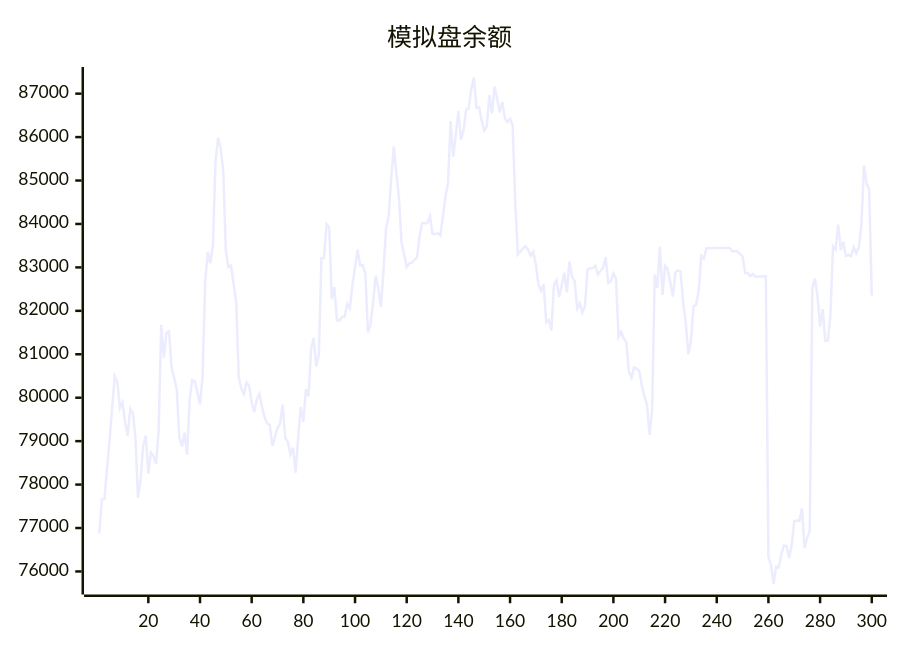
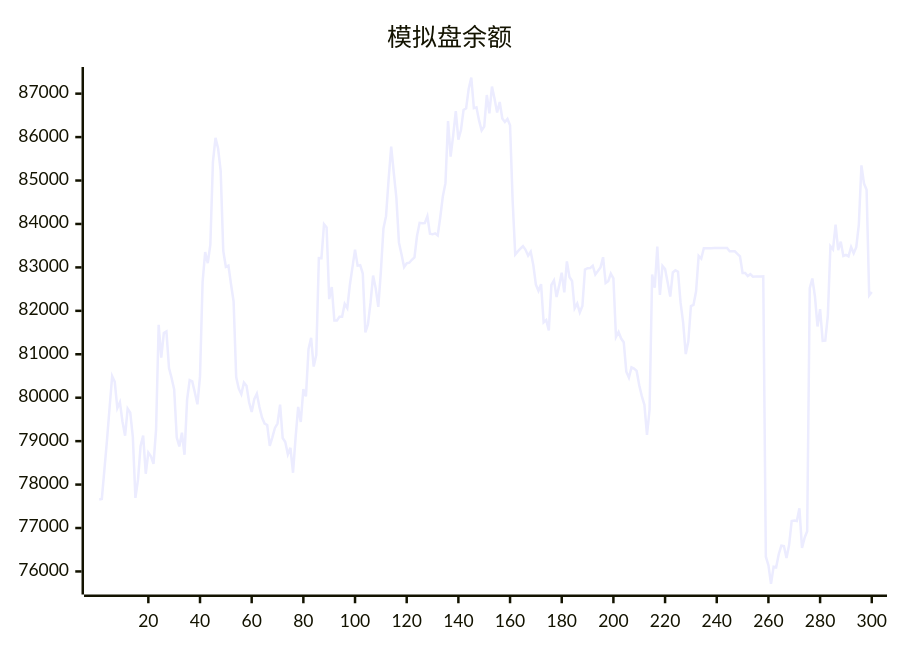
The diagram in README.md (aahl/ai-trading), drawn with Mermaid before and after one commit. The commit also changed other lines of this file and 1 other file, not shown here.

````diff
--- a/README.md
+++ b/README.md
@@ -5,5 +5,5 @@
 ```mermaid
 xychart
     title "模拟盘余额"
-    line [76876,77658,77669,78346,79023,79769,80497,80366,79761,79896,79448,79126,79749,79658,79097,77695,78114,78888,79126,78249,78738,78653,78478,79271,81680,80923,81488,81527,80681,80455,80190,79084,78879,79193,78686,79954,80403,80374,80118,79848,80491,82665,83351,83098,83525,85430,85983,85737,85221,83378,83014,83043,82613,82216,80477,80208,80081,80348,80277,79894,79670,79965,80093,79786,79542,79406,79371,78893,79087,79304,79406,79841,79072,78978,78696,78846,78272,79085,79787,79442,80198,80031,81120,81379,80718,80985,83214,83212,83993,83921,82270,82547,81776,81776,81866,81866,82158,82061,82596,83000,83408,83041,83050,82858,81503,81691,82188,82812,82517,82092,82901,83898,84180,85030,85781,85178,84604,83569,83298,83008,83093,83107,83175,83228,83729,84025,84017,84019,84177,83775,83762,83785,83738,84160,84639,84939,86370,85548,86046,86599,85942,86161,86622,86664,87115,87369,86666,86685,86384,86152,86243,86969,86548,87164,86885,86566,86809,86427,86348,86417,86273,84538,83299,83369,83430,83490,83404,83270,83362,83056,82605,82459,82614,81734,81788,81551,82598,82702,82320,82580,82878,82426,83139,82778,82686,82056,82166,81963,82110,82951,82983,82984,83038,82838,82915,82998,83235,82642,82682,82858,82746,81396,81512,81362,81277,80600,80461,80699,80673,80616,80288,80038,79836,79142,79722,82837,82533,83480,82366,83032,82960,82654,82330,82883,82934,82901,82188,81728,81005,81298,82110,82135,82449,83264,83203,83440,83439,83440,83440,83446,83447,83448,83447,83448,83449,83369,83369,83369,83313,83256,82872,82873,82801,82844,82785,82791,82791,82793,82794,76339,76145,75714,76110,76096,76397,76594,76585,76310,76607,77160,77170,77160,77456,76541,76774,76927,82520,82744,82337,81639,82040,81307,81314,81887,83490,83414,83984,83396,83594,83261,83287,83253,83470,83327,83465,83987,85348,84930,84786,82355]
+    line [77658,77669,78346,79023,79769,80497,80366,79761,79896,79448,79126,79749,79658,79097,77695,78114,78888,79126,78249,78738,78653,78478,79271,81680,80923,81488,81527,80681,80455,80190,79084,78879,79193,78686,79954,80403,80374,80118,79848,80491,82665,83351,83098,83525,85430,85983,85737,85221,83378,83014,83043,82613,82216,80477,80208,80081,80348,80277,79894,79670,79965,80093,79786,79542,79406,79371,78893,79087,79304,79406,79841,79072,78978,78696,78846,78272,79085,79787,79442,80198,80031,81120,81379,80718,80985,83214,83212,83993,83921,82270,82547,81776,81776,81866,81866,82158,82061,82596,83000,83408,83041,83050,82858,81503,81691,82188,82812,82517,82092,82901,83898,84180,85030,85781,85178,84604,83569,83298,83008,83093,83107,83175,83228,83729,84025,84017,84019,84177,83775,83762,83785,83738,84160,84639,84939,86370,85548,86046,86599,85942,86161,86622,86664,87115,87369,86666,86685,86384,86152,86243,86969,86548,87164,86885,86566,86809,86427,86348,86417,86273,84538,83299,83369,83430,83490,83404,83270,83362,83056,82605,82459,82614,81734,81788,81551,82598,82702,82320,82580,82878,82426,83139,82778,82686,82056,82166,81963,82110,82951,82983,82984,83038,82838,82915,82998,83235,82642,82682,82858,82746,81396,81512,81362,81277,80600,80461,80699,80673,80616,80288,80038,79836,79142,79722,82837,82533,83480,82366,83032,82960,82654,82330,82883,82934,82901,82188,81728,81005,81298,82110,82135,82449,83264,83203,83440,83439,83440,83440,83446,83447,83448,83447,83448,83449,83369,83369,83369,83313,83256,82872,82873,82801,82844,82785,82791,82791,82793,82794,76339,76145,75714,76110,76096,76397,76594,76585,76310,76607,77160,77170,77160,77456,76541,76774,76927,82520,82744,82337,81639,82040,81307,81314,81887,83490,83414,83984,83396,83594,83261,83287,83253,83470,83327,83465,83987,85348,84930,84786,82355,82433]
 ```
````
